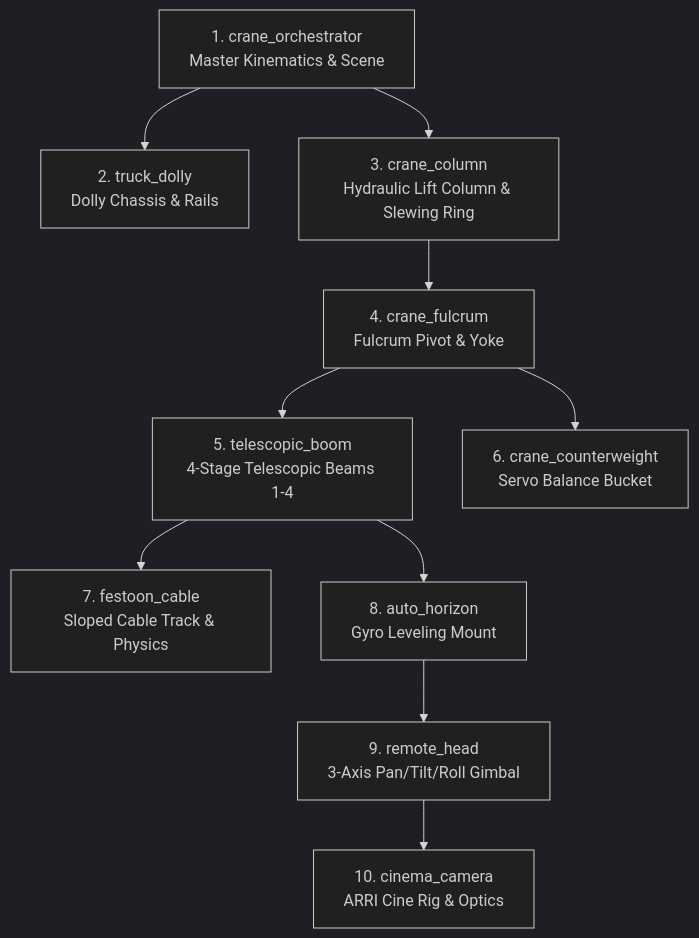
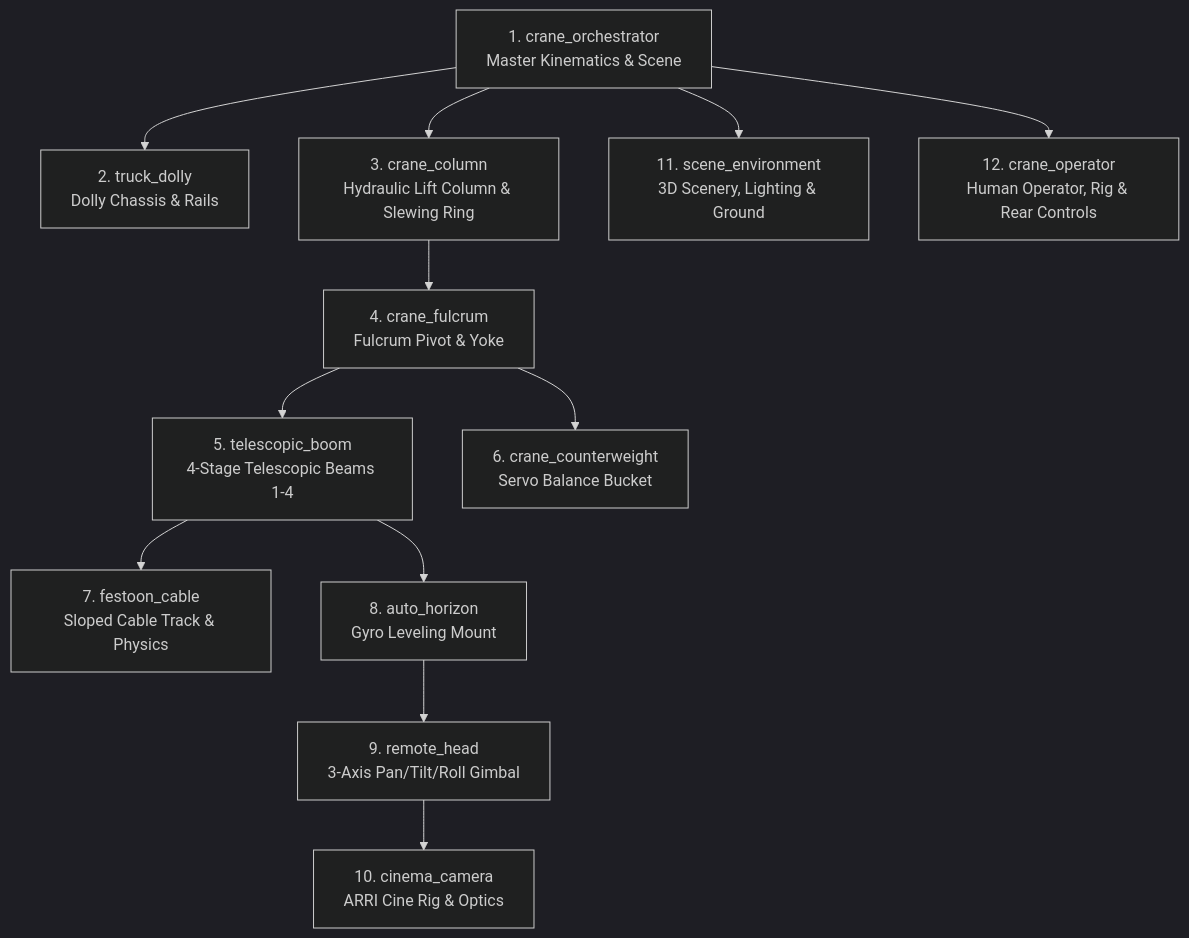
Before and after one commit to Rocal007/headings_3d: the diagram in AGENTS.md, drawn with Mermaid (dark theme). The commit also changed other lines of this file and 7 other files, not shown here.

````diff
--- a/AGENTS.md
+++ b/AGENTS.md
@@ -10,12 +10,14 @@
 ```mermaid
 graph TD
     Orchestrator[1. crane_orchestrator<br/>Master Kinematics & Scene] --> Dolly[2. truck_dolly<br/>Dolly Chassis & Rails]
     Orchestrator --> Column[3. crane_column<br/>Hydraulic Lift Column & Slewing Ring]
     Column --> Fulcrum[4. crane_fulcrum<br/>Fulcrum Pivot & Yoke]
     Fulcrum --> Boom[5. telescopic_boom<br/>4-Stage Telescopic Beams 1-4]
     Fulcrum --> Counterweight[6. crane_counterweight<br/>Servo Balance Bucket]
     Boom --> Festoon[7. festoon_cable<br/>Sloped Cable Track & Physics]
     Boom --> Horizon[8. auto_horizon<br/>Gyro Leveling Mount]
     Horizon --> Head[9. remote_head<br/>3-Axis Pan/Tilt/Roll Gimbal]
     Head --> Camera[10. cinema_camera<br/>ARRI Cine Rig & Optics]
+    Orchestrator --> Scenery[11. scene_environment<br/>3D Scenery, Lighting & Ground]
+    Orchestrator --> Operator[12. crane_operator<br/>Human Operator, Rig & Rear Controls]
 ```
````
